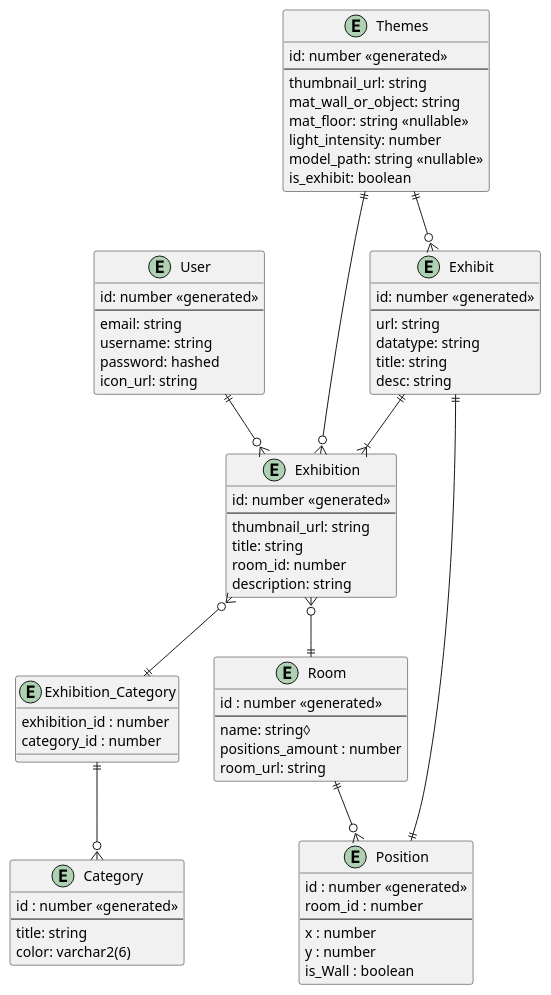
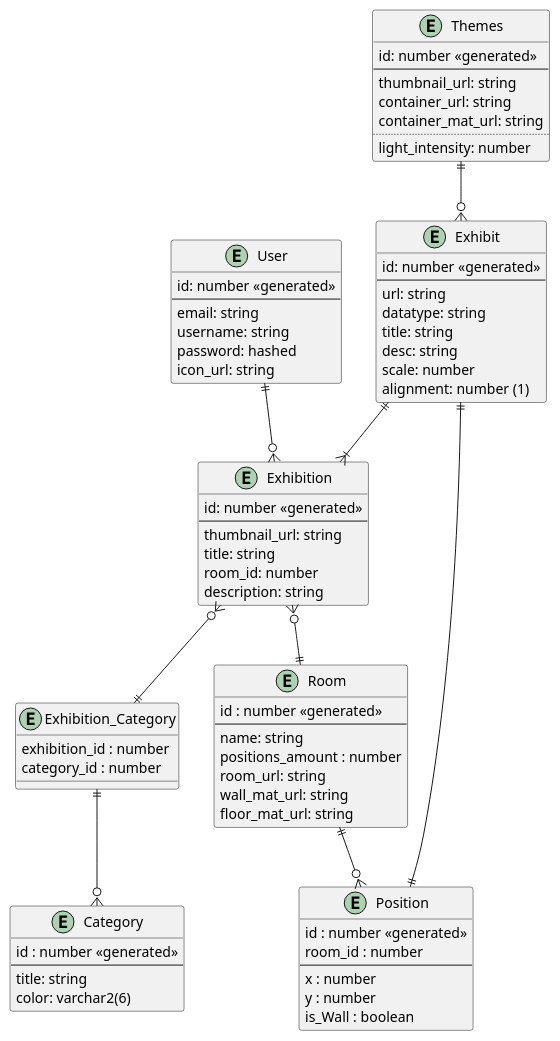
The diagram in ERD/erd.wsd (L0R3N7/3D-Portfolio-Gallery), drawn with PlantUML before and after one commit.

Commit message:
Änderungen am ERD nach dem Meeting am 28.01.2023

```diff
--- a/ERD/erd.wsd
+++ b/ERD/erd.wsd
@@ -1,77 +1,79 @@
 @startuml DA-Klassendiagramm
 entity User {
     id: number <<generated>>
     --
     email: string
     username: string
     password: hashed
     icon_url: string
 }
 
 entity Exhibition {
     id: number <<generated>>
     --
     thumbnail_url: string
     title: string
     room_id: number
     description: string
 }
 entity Themes {
     id: number <<generated>>
     --
     thumbnail_url: string
-    mat_wall_or_object: string
-    mat_floor: string <<nullable>>
+    container_url: string
+    container_mat_url: string
+    ..
     light_intensity: number
-    model_path: string <<nullable>>
-    is_exhibit: boolean
 }
 
 entity Room {
     id : number <<generated>>
     --
-    name: string◊
+    name: string
     positions_amount : number
     room_url: string
+    wall_mat_url: string
+    floor_mat_url: string
 }
 
 entity Position{
     id : number <<generated>>
     room_id : number
     ---
     x : number
     y : number
     is_Wall : boolean
 }
 
 entity Exhibition_Category {
     exhibition_id : number
     category_id : number
 }
 
 entity Category{
    id : number <<generated>>
    --
    title: string
    color: varchar2(6)
 }
 
 entity Exhibit {
     id: number <<generated>> 
     --
     url: string
     datatype: string
     title: string
     desc: string
+    scale: number
+    alignment: number (1)
 }
 
 User ||--o{ Exhibition
 Exhibit ||--|{Exhibition
 Exhibit ||--|| Position
 Exhibition }o--|| Exhibition_Category
 Exhibition_Category ||--o{ Category
 Room ||--o{ Position
 Exhibition }o--|| Room
-Themes ||--o{ Exhibition
 Themes ||--o{ Exhibit
 @enduml
```
